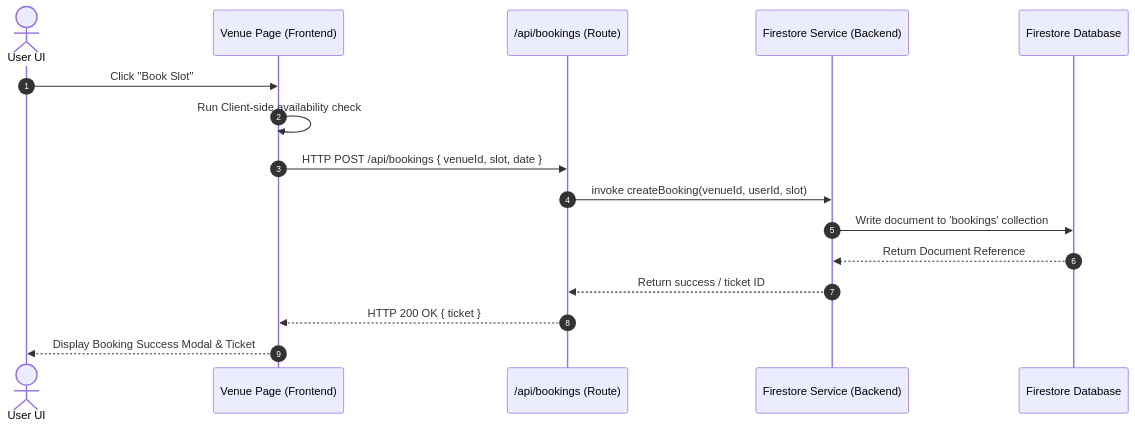
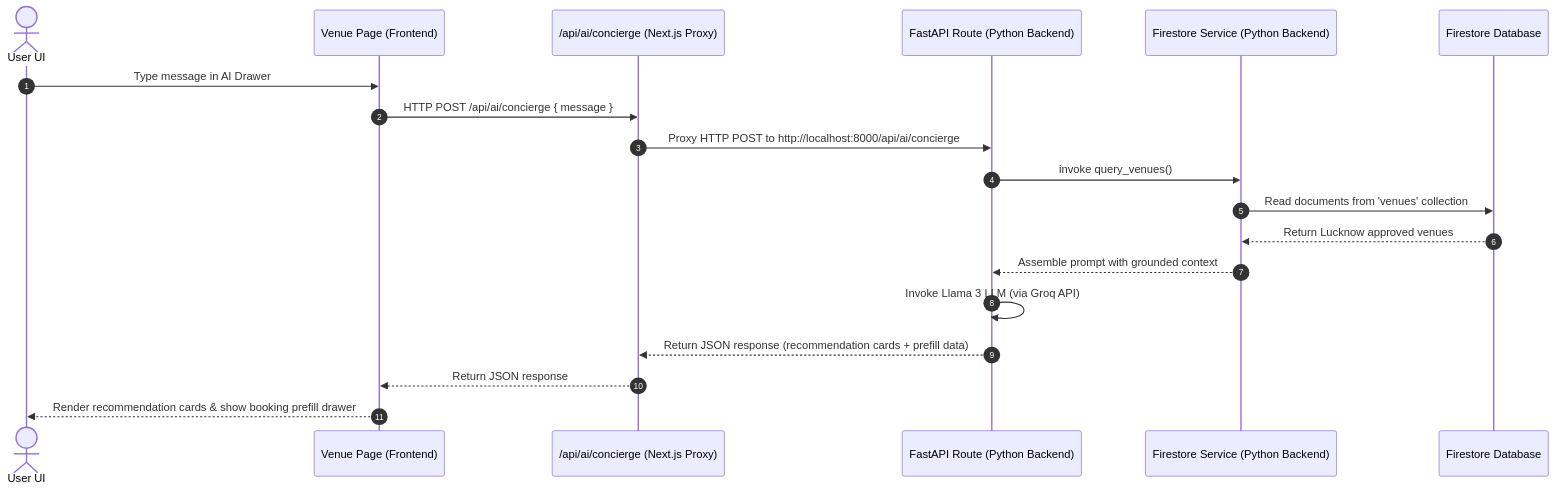
Before and after one commit to devvikax/playsphere-ai: the second of 2 diagrams in playsphere-ai/docs/architecture.md, drawn with Mermaid. The commit also changed other lines of this file and 89 other files, not shown here.

Commit message:
feat: implement project infrastructure with AI-concierge proxy routes and technical documentation.

````diff
--- a/playsphere-ai/docs/architecture.md
+++ b/playsphere-ai/docs/architecture.md
@@ -56,19 +63,22 @@
 ```mermaid
 sequenceDiagram
     autonumber
     actor User as User UI
     participant Page as Venue Page (Frontend)
-    participant API as /api/bookings (Route)
-    participant FS as Firestore Service (Backend)
+    participant Proxy as /api/ai/concierge (Next.js Proxy)
+    participant FastAPI as FastAPI Route (Python Backend)
+    participant FS as Firestore Service (Python Backend)
     participant DB as Firestore Database
 
-    User->>Page: Click "Book Slot"
-    Page->>Page: Run Client-side availability check
-    Page->>API: HTTP POST /api/bookings { venueId, slot, date }
-    API->>FS: invoke createBooking(venueId, userId, slot)
-    FS->>DB: Write document to 'bookings' collection
-    DB-->>FS: Return Document Reference
-    FS-->>API: Return success / ticket ID
-    API-->>Page: HTTP 200 OK { ticket }
-    Page-->>User: Display Booking Success Modal & Ticket
+    User->>Page: Type message in AI Drawer
+    Page->>Proxy: HTTP POST /api/ai/concierge { message }
+    Proxy->>FastAPI: Proxy HTTP POST to http://localhost:8000/api/ai/concierge
+    FastAPI->>FS: invoke query_venues()
+    FS->>DB: Read documents from 'venues' collection
+    DB-->>FS: Return Lucknow approved venues
+    FS-->>FastAPI: Assemble prompt with grounded context
+    FastAPI->>FastAPI: Invoke Llama 3 LLM (via Groq API)
+    FastAPI-->>Proxy: Return JSON response (recommendation cards + prefill data)
+    Proxy-->>Page: Return JSON response
+    Page-->>User: Render recommendation cards & show booking prefill drawer
 ```
````
